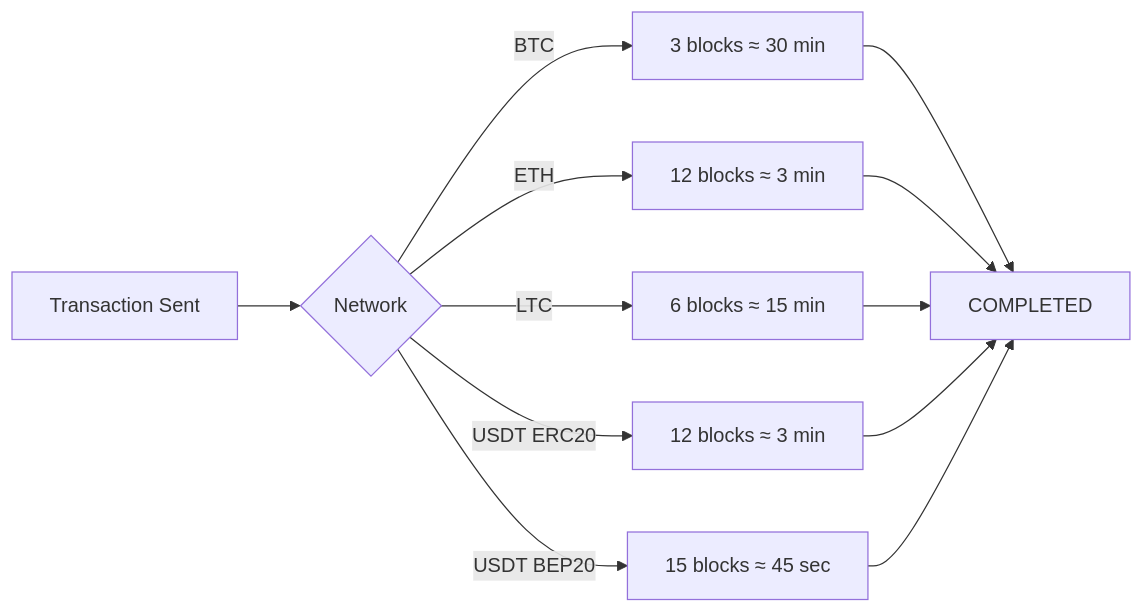
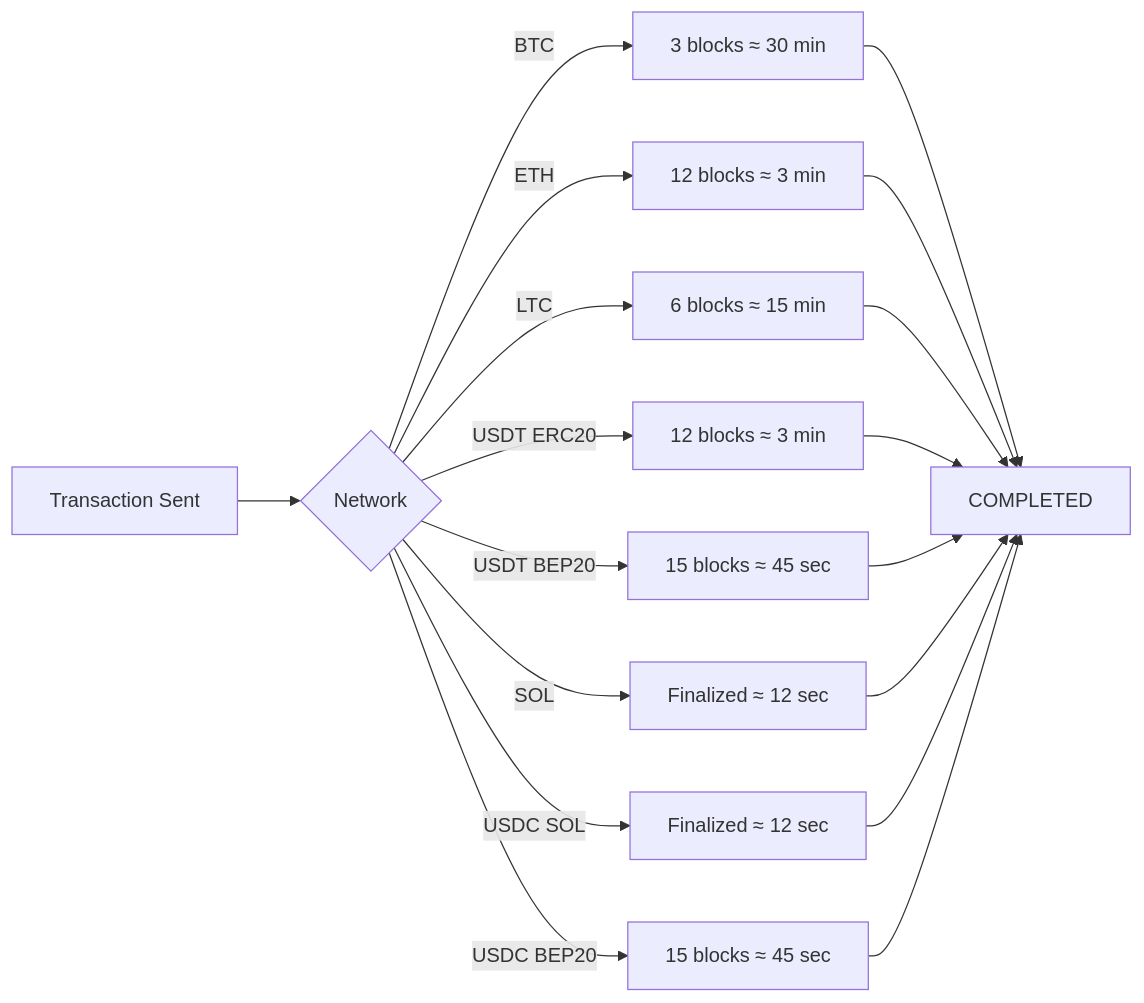
Before and after one commit to jams24/docs: the diagram in concepts/currencies.mdx, drawn with Mermaid. The commit also changed other lines of this file and 15 other files, not shown here.

First line of the commit message:
feat: add SOL, USDC_SOL, USDC_BEP20 to all documentation

````diff
--- a/concepts/currencies.mdx
+++ b/concepts/currencies.mdx
@@ -258,14 +346,20 @@
 ```mermaid
 graph LR
     A[Transaction Sent] --> B{Network}
     B -->|BTC| C[3 blocks ≈ 30 min]
     B -->|ETH| D[12 blocks ≈ 3 min]
     B -->|LTC| E[6 blocks ≈ 15 min]
     B -->|USDT ERC20| F[12 blocks ≈ 3 min]
     B -->|USDT BEP20| G[15 blocks ≈ 45 sec]
+    B -->|SOL| I[Finalized ≈ 12 sec]
+    B -->|USDC SOL| J[Finalized ≈ 12 sec]
+    B -->|USDC BEP20| K[15 blocks ≈ 45 sec]
     C --> H[COMPLETED]
     D --> H
     E --> H
     F --> H
     G --> H
+    I --> H
+    J --> H
+    K --> H
 ```
````
